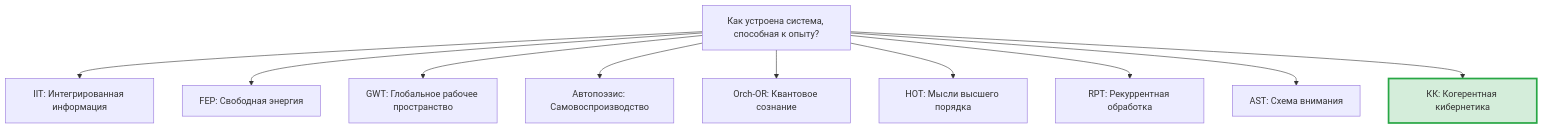
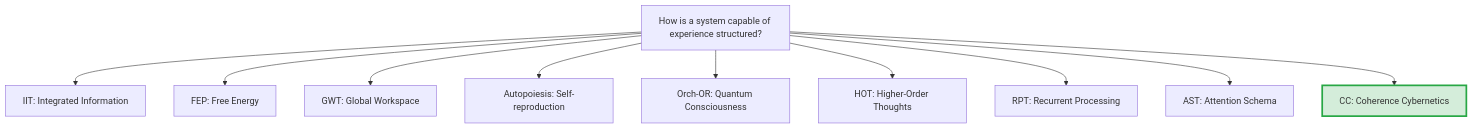
The diagram in website/docs/applied/coherence-cybernetics/comparison.md (uhm-theory/holon), drawn with Mermaid before and after one commit. The commit also changed other lines of this file and 28 other files, not shown here.

First line of the commit message:
translate: applied/coherence-cybernetics — full English translation of 29 files

````diff
--- a/website/docs/applied/coherence-cybernetics/comparison.md
+++ b/website/docs/applied/coherence-cybernetics/comparison.md
@@ -36,14 +36,14 @@
 ```mermaid
 graph TD
-    Q["Как устроена система, способная к опыту?"] --> IIT["IIT: Интегрированная информация"]
-    Q --> FEP["FEP: Свободная энергия"]
-    Q --> GWT["GWT: Глобальное рабочее пространство"]
-    Q --> AUTO["Автопоэзис: Самовоспроизводство"]
-    Q --> ORCH["Orch-OR: Квантовое сознание"]
-    Q --> HOT["HOT: Мысли высшего порядка"]
-    Q --> RPT["RPT: Рекуррентная обработка"]
-    Q --> AST["AST: Схема внимания"]
-    Q --> CC["КК: Когерентная кибернетика"]
+    Q["How is a system capable of experience structured?"] --> IIT["IIT: Integrated Information"]
+    Q --> FEP["FEP: Free Energy"]
+    Q --> GWT["GWT: Global Workspace"]
+    Q --> AUTO["Autopoiesis: Self-reproduction"]
+    Q --> ORCH["Orch-OR: Quantum Consciousness"]
+    Q --> HOT["HOT: Higher-Order Thoughts"]
+    Q --> RPT["RPT: Recurrent Processing"]
+    Q --> AST["AST: Attention Schema"]
+    Q --> CC["CC: Coherence Cybernetics"]
 
     style CC fill:#d4edda,stroke:#28a745,stroke-width:3px
 ```
````
